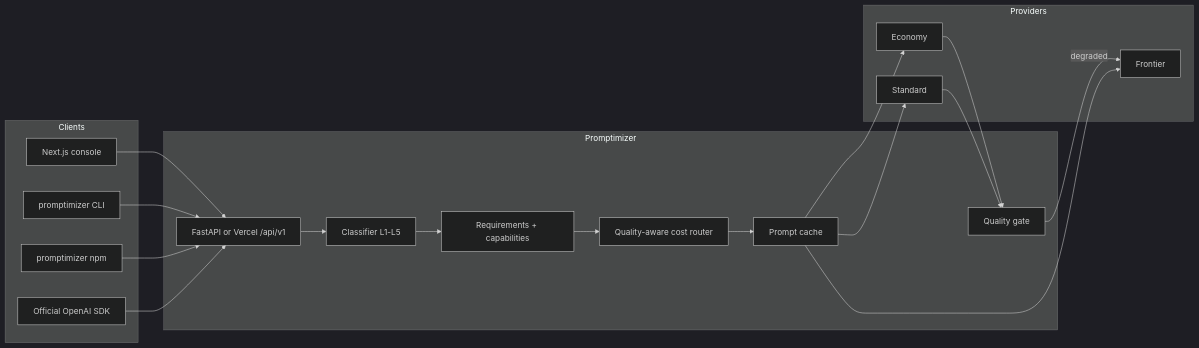
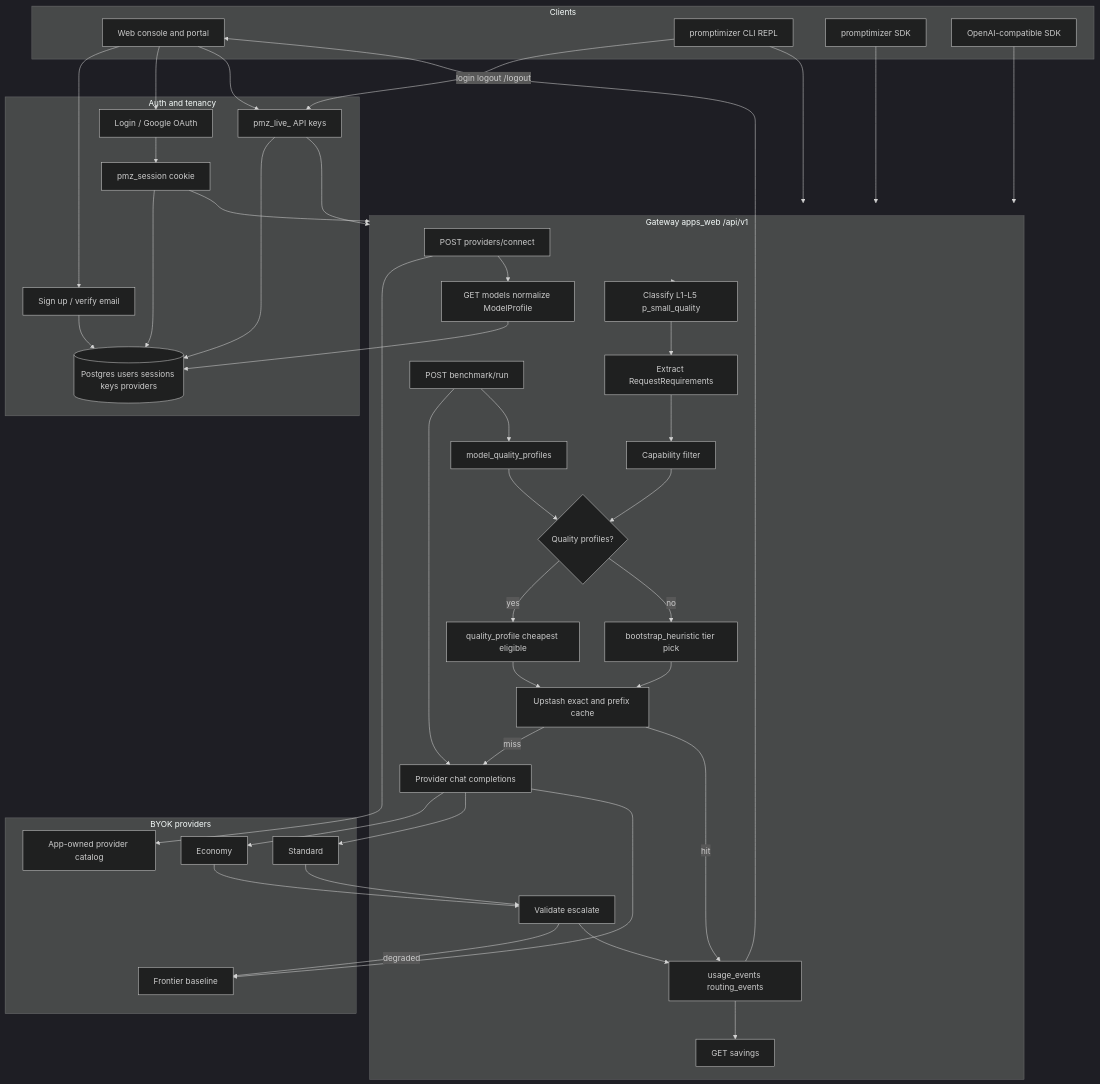
The diagram in README.md (sreecharan-desu/promptimizer), drawn with Mermaid (dark theme) before and after one commit. The commit also changed other lines of this file and 3 other files, not shown here.

Commit message:
Document full product flows in README and fix CLI /logout for published installs.

````diff
--- a/README.md
+++ b/README.md
@@ -23,37 +23,77 @@
 ```mermaid
-flowchart LR
-  subgraph Clients
-    Web[Next.js console]
-    CLI[promptimizer CLI]
-    SDK[promptimizer npm]
-    OpenAI[Official OpenAI SDK]
+flowchart TB
+  subgraph clients [Clients]
+    WebUI[Web console and portal]
+    CLI[promptimizer CLI REPL]
+    SDK[promptimizer SDK]
+    OAI[OpenAI-compatible SDK]
   end
 
-  subgraph Promptimizer
-    GW[FastAPI or Vercel /api/v1]
-    C[Classifier L1-L5]
-    Req[Requirements + capabilities]
-    R[Quality-aware cost router]
-    K[Prompt cache]
-    Q[Quality gate]
+  subgraph auth [Auth and tenancy]
+    Signup[Sign up / verify email]
+    Login[Login / Google OAuth]
+    Cookie[pmz_session cookie]
+    Keys[pmz_live_ API keys]
+    PG[(Postgres users sessions keys providers)]
   end
 
-  subgraph Providers
+  subgraph gateway [Gateway apps_web /api/v1]
+    Connect[POST providers/connect]
+    Discover[GET models normalize ModelProfile]
+    Classify[Classify L1-L5 p_small_quality]
+    Reqs[Extract RequestRequirements]
+    Cap[Capability filter]
+    Policy{Quality profiles?}
+    QP[quality_profile cheapest eligible]
+    Boot[bootstrap_heuristic tier pick]
+    Cache[Upstash exact and prefix cache]
+    Invoke[Provider chat completions]
+    Guard[Validate escalate]
+    Ledger[usage_events routing_events]
+    Bench[POST benchmark/run]
+    Profiles[model_quality_profiles]
+    Savings[GET savings]
+  end
+
+  subgraph fleet [BYOK providers]
+    Catalog[App-owned provider catalog]
     Eco[Economy]
     Std[Standard]
-    Fr[Frontier]
+    Fr[Frontier baseline]
   end
 
-  Web --> GW
-  CLI --> GW
-  SDK --> GW
-  OpenAI --> GW
-  GW --> C --> Req --> R
-  R --> K
-  K --> Eco
-  K --> Std
-  K --> Fr
-  Eco --> Q
-  Std --> Q
-  Q -->|degraded| Fr
+  WebUI --> Signup --> PG
+  WebUI --> Login --> Cookie --> PG
+  WebUI --> Keys --> PG
+  CLI -->|login logout /logout| Keys
+  CLI --> gateway
+  SDK --> gateway
+  OAI --> gateway
+  Cookie --> gateway
+  Keys --> gateway
+
+  Connect --> Catalog
+  Connect --> Discover
+  Discover --> PG
+
+  gateway --> Classify --> Reqs --> Cap --> Policy
+  Policy -->|yes| QP
+  Policy -->|no| Boot
+  QP --> Cache
+  Boot --> Cache
+  Cache -->|miss| Invoke
+  Cache -->|hit| Ledger
+  Invoke --> Eco
+  Invoke --> Std
+  Invoke --> Fr
+  Eco --> Guard
+  Std --> Guard
+  Guard -->|degraded| Fr
+  Guard --> Ledger
+  Ledger --> Savings
+  Ledger --> WebUI
+
+  Bench --> Invoke
+  Bench --> Profiles
+  Profiles --> Policy
 ```
````
